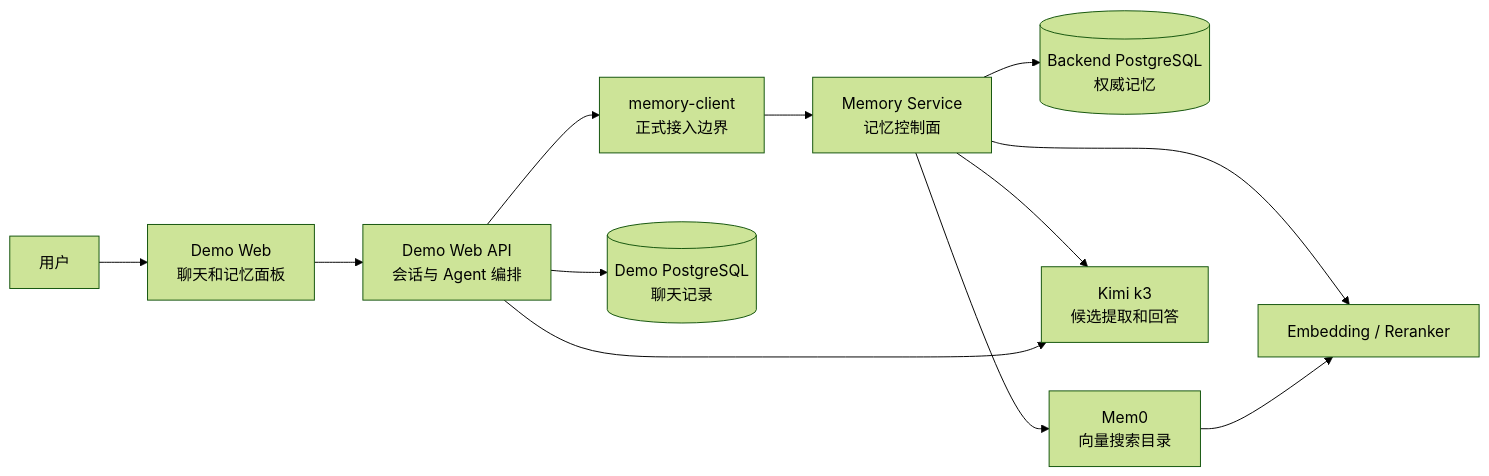
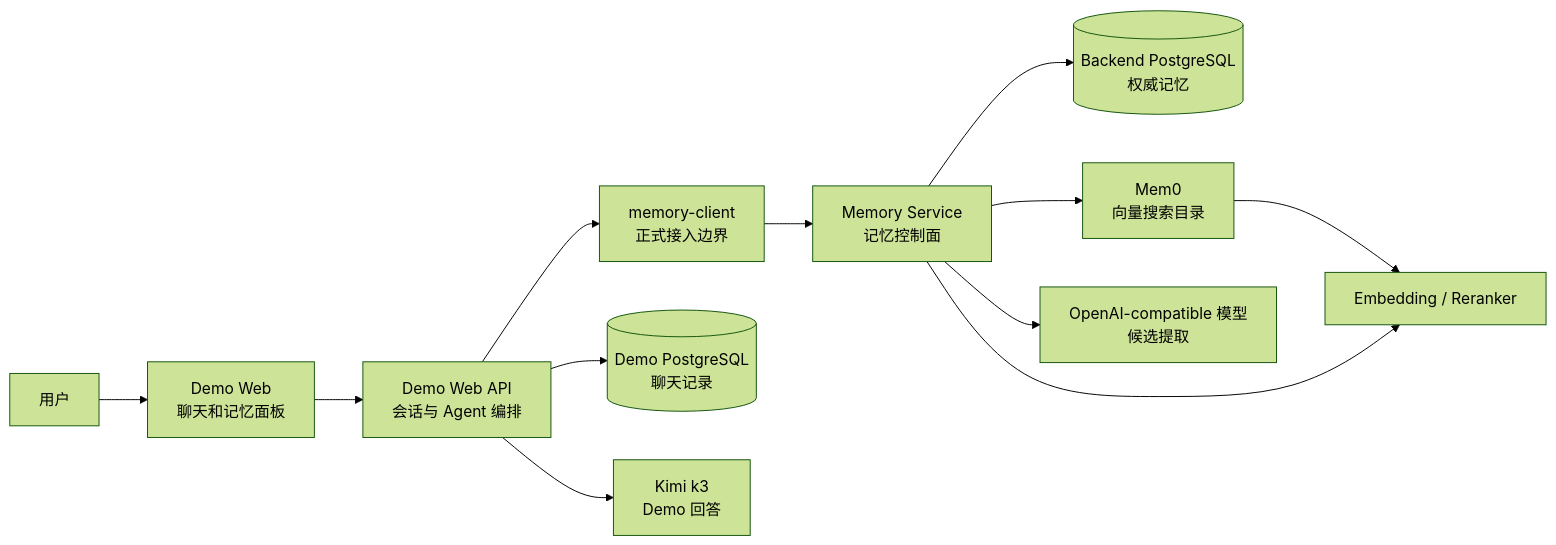
One commit to DongRuibo/drb-Memory-system changed the first of 2 diagrams in docs/24-how-to-understand-current-architecture.md. Above: the diagram before and after it, drawn with Mermaid (forest theme). The commit also changed 20 other files, not shown here.

````diff
--- a/docs/24-how-to-understand-current-architecture.md
+++ b/docs/24-how-to-understand-current-architecture.md
@@ -77,25 +77,26 @@
 ```mermaid
 flowchart LR
     U["用户"]
     WEB["Demo Web<br/>聊天和记忆面板"]
     API["Demo Web API<br/>会话与 Agent 编排"]
     CLIENT["memory-client<br/>正式接入边界"]
     MEMORY["Memory Service<br/>记忆控制面"]
     CHATDB[("Demo PostgreSQL<br/>聊天记录")]
     COREDB[("Backend PostgreSQL<br/>权威记忆")]
     MEM0["Mem0<br/>向量搜索目录"]
     MODELS["Embedding / Reranker"]
-    KIMI["Kimi k3<br/>候选提取和回答"]
+    EXTRACTOR["OpenAI-compatible 模型<br/>候选提取"]
+    KIMI["Kimi k3<br/>Demo 回答"]
 
     U --> WEB
     WEB --> API
     API --> CHATDB
     API --> CLIENT
     CLIENT --> MEMORY
     API --> KIMI
-    MEMORY --> KIMI
+    MEMORY --> EXTRACTOR
     MEMORY --> COREDB
     MEMORY --> MEM0
     MEM0 --> MODELS
     MEMORY --> MODELS
 ```
````
